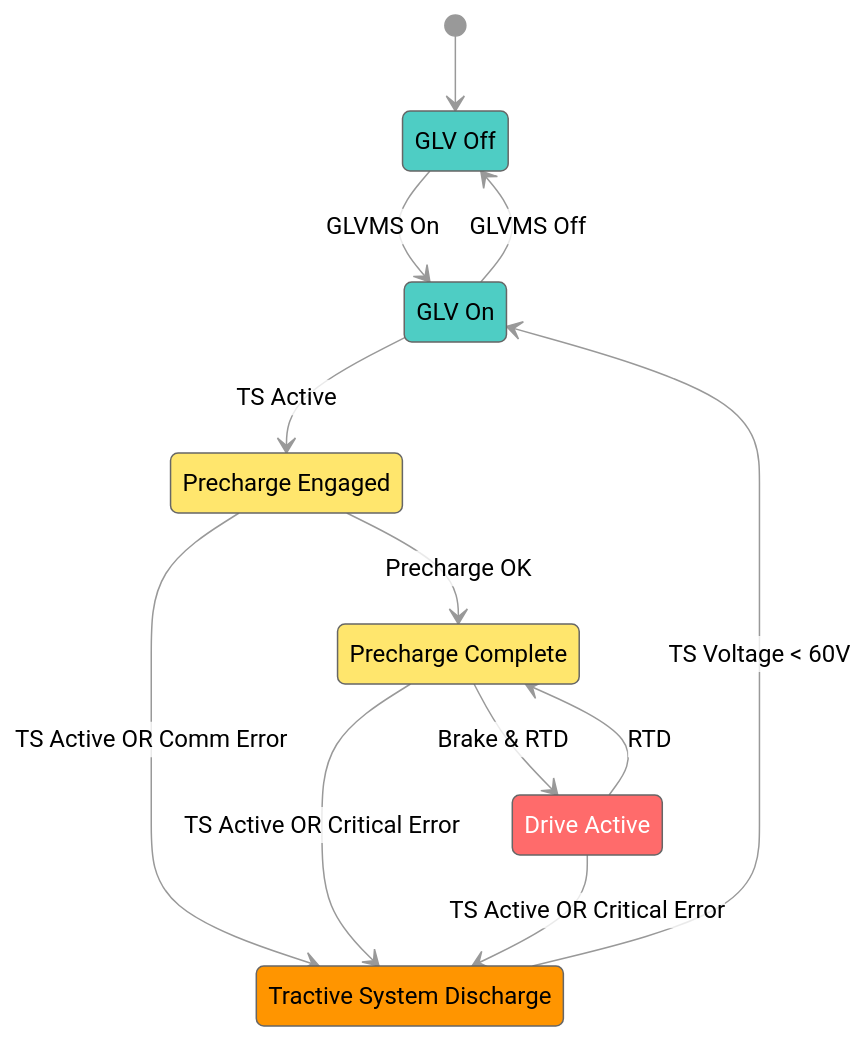
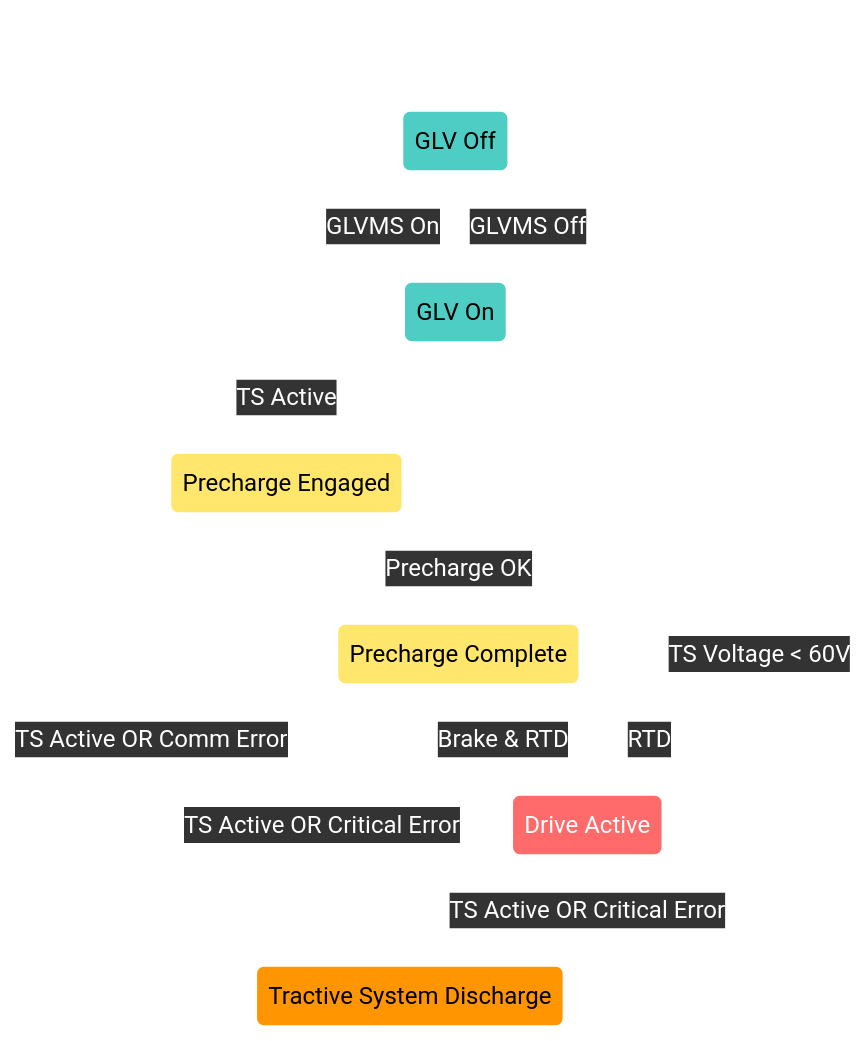
One commit to Gaucho-Racing/Firmware changed the diagram in Lib/GlobalShare/StateMachine.md. Above: the diagram before and after it, drawn with Mermaid.

Commit message:
Switch background to dark gray

````diff
--- a/Lib/GlobalShare/StateMachine.md
+++ b/Lib/GlobalShare/StateMachine.md
@@ -9,68 +9,68 @@
 ```mermaid
 %%{init: {
   'theme': 'base',
   'themeVariables': {
     'primaryColor': '#ff6b6b',
-    'primaryTextColor': '#000000',
-    'primaryBorderColor': '#999999',
-    'lineColor': '#999999',
-    'edgeLabelBackground': 'rgba(255,255,255,0.8)',
-    'transitionColor': '#999999',
-    'transitionLabelColor': '#000000',
+    'primaryTextColor': '#ffffff',
+    'primaryBorderColor': '#ff6b6b',
+    'lineColor': '#ffffff',
+    'edgeLabelBackground': 'rgba(0,0,0,0.8)',
+    'transitionColor': '#ffffff',
+    'transitionLabelColor': '#ffffff',
     'secondaryColor': '#4ecdc4',
     'tertiaryColor': '#ffe66d',
-    'background': 'transparent',
-    'mainBkg': 'transparent',
-    'secondBkg': 'transparent',
-    'tertiaryBkg': 'transparent'
+    'background': '#1a1a1a',
+    'mainBkg': '#1a1a1a',
+    'secondBkg': '#1a1a1a',
+    'tertiaryBkg': '#1a1a1a'
   }
 }}%%
 
 stateDiagram
 
     [*] --> GLV_Off
 
     %% Main horizontal flow (top row)
     GLV_Off --> GLV_On : GLVMS On
     GLV_On --> GLV_Off : GLVMS Off
     GLV_On --> Precharge_Engaged : TS Active
     Precharge_Engaged --> Precharge_Complete : Precharge OK
     Precharge_Complete --> Drive_Active : Brake & RTD
 
     %% Normal Operation Cycle (horizontal)
     Drive_Active --> Precharge_Complete : RTD
 
     %% Discharge state positioned below
     GLV_Off
     GLV_On
     Precharge_Engaged
     Precharge_Complete
     Drive_Active
     Tractive_System_Discharge
 
     %% Downward transitions to discharge
     Precharge_Engaged --> Tractive_System_Discharge : TS Active OR Comm Error
     Precharge_Complete --> Tractive_System_Discharge : TS Active OR Critical Error
     Drive_Active --> Tractive_System_Discharge : TS Active OR Critical Error
 
     %% Return upward from discharge
     Tractive_System_Discharge --> GLV_On : TS Voltage < 60V
 
     %% State Descriptions
     GLV_Off : GLV Off
     GLV_On : GLV On
     Precharge_Engaged : Precharge Engaged
     Precharge_Complete : Precharge Complete
     Drive_Active : Drive Active
     Tractive_System_Discharge : Tractive System Discharge
 
-    classDef safeState fill:#4ecdc4,stroke:#666666,stroke-width:1px,color:#000
-    classDef hvState fill:#ff6b6b,stroke:#666666,stroke-width:1px,color:#fff
-    classDef transitionState fill:#ffe66d,stroke:#666666,stroke-width:1px,color:#000
-    classDef dischargeState fill:#ff9500,stroke:#666666,stroke-width:1px,color:#000
+    classDef safeState fill:#4ecdc4,stroke:#ffffff,stroke-width:1px,color:#000
+    classDef hvState fill:#ff6b6b,stroke:#ffffff,stroke-width:1px,color:#fff
+    classDef transitionState fill:#ffe66d,stroke:#ffffff,stroke-width:1px,color:#000
+    classDef dischargeState fill:#ff9500,stroke:#ffffff,stroke-width:1px,color:#000
 
     class GLV_Off,GLV_On safeState
     class Drive_Active hvState
     class Precharge_Engaged,Precharge_Complete transitionState
     class Tractive_System_Discharge dischargeState
 ```
````
